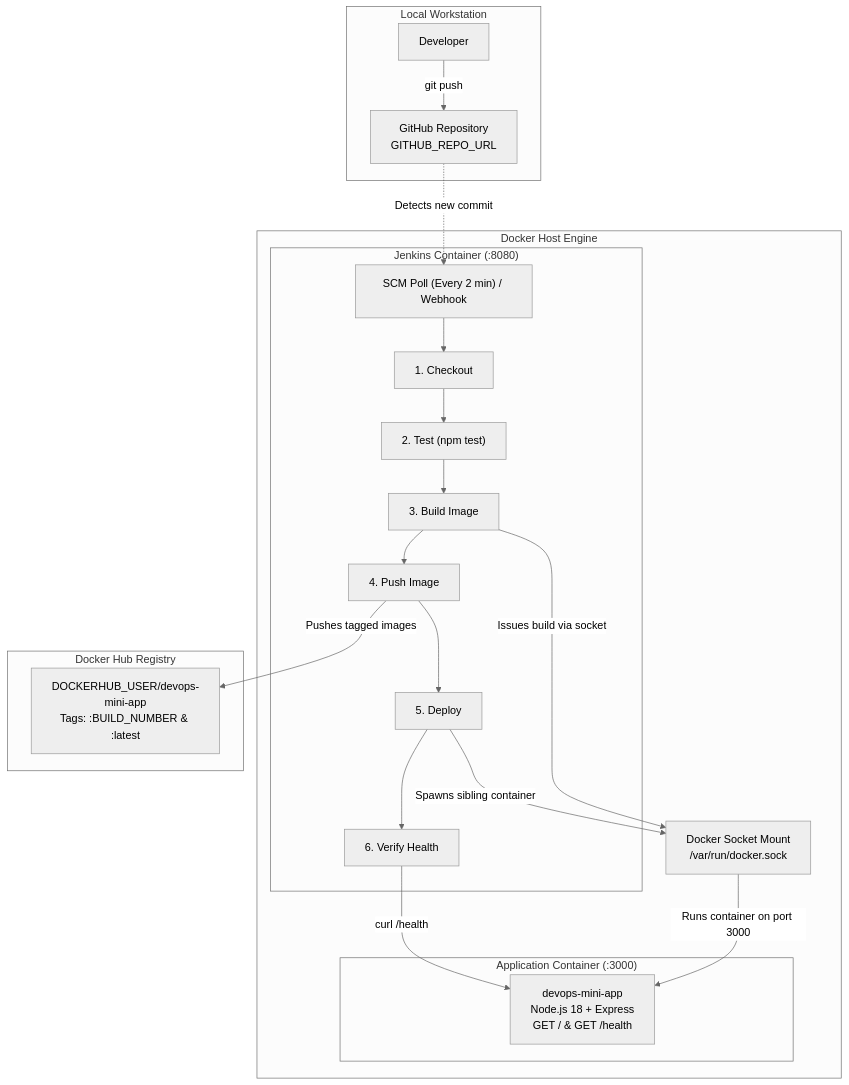
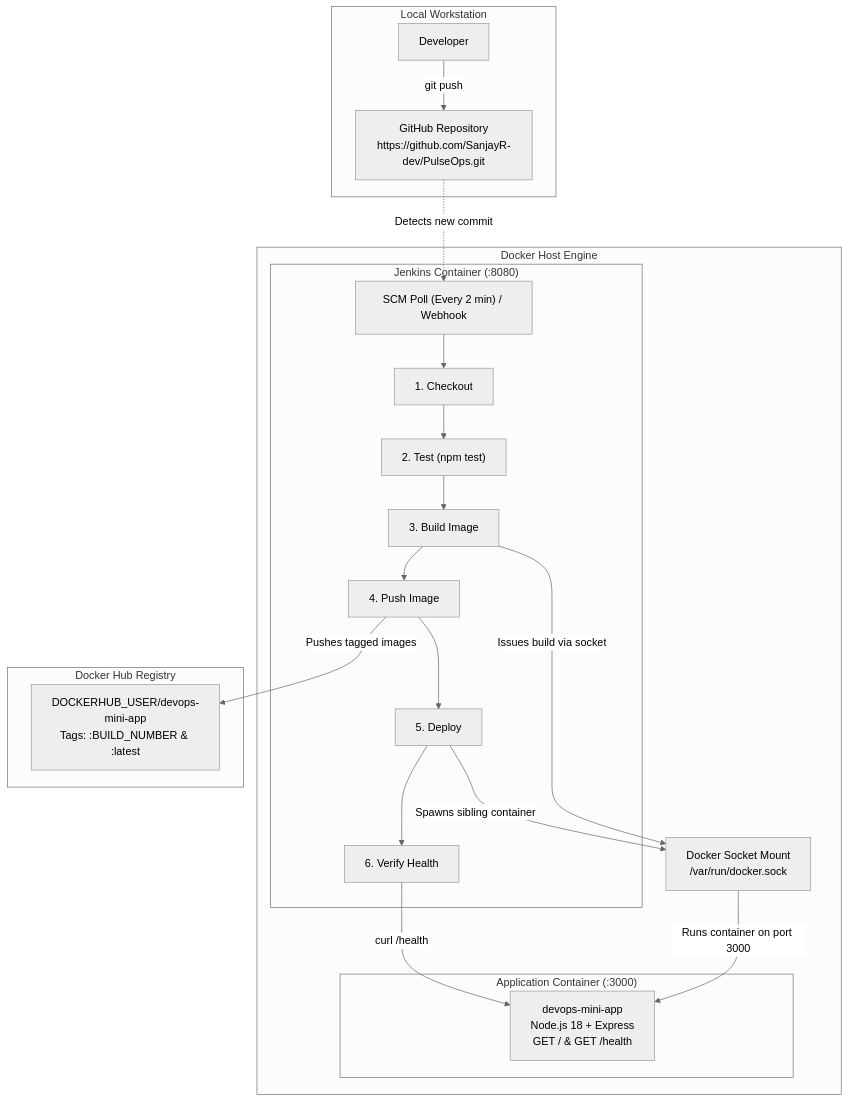
The diagram in README.md (SanjayR-dev/PulseOps), drawn with Mermaid (neutral theme) before and after one commit. The commit also changed other lines of this file and 1 other file, not shown here.

Commit message:
docs: link GitHub repository URL

````diff
--- a/README.md
+++ b/README.md
@@ -9,38 +9,38 @@
 ```mermaid
 flowchart TD
     subgraph Developer["Local Workstation"]
-        DEV["Developer"] -->|"git push"| GH["GitHub Repository<br/>GITHUB_REPO_URL"]
+        DEV["Developer"] -->|"git push"| GH["GitHub Repository<br/>https://github.com/SanjayR-dev/PulseOps.git"]
     end
 
     subgraph Host["Docker Host Engine"]
         subgraph Jenkins["Jenkins Container (:8080)"]
             POLL["SCM Poll (Every 2 min) / Webhook"]
             CHECKOUT["1. Checkout"]
             TEST["2. Test (npm test)"]
             BUILD["3. Build Image"]
             PUSH["4. Push Image"]
             DEPLOY["5. Deploy"]
             VERIFY["6. Verify Health"]
             
             CHECKOUT --> TEST --> BUILD --> PUSH --> DEPLOY --> VERIFY
         end
 
         SOCK["Docker Socket Mount<br/>/var/run/docker.sock"]
         
         subgraph App["Application Container (:3000)"]
             SERVER["devops-mini-app<br/>Node.js 18 + Express<br/>GET / & GET /health"]
         end
     end
 
     subgraph Registry["Docker Hub Registry"]
         HUB["DOCKERHUB_USER/devops-mini-app<br/>Tags: :BUILD_NUMBER & :latest"]
     end
 
     GH -.->|"Detects new commit"| POLL
     POLL --> CHECKOUT
     BUILD -->|"Issues build via socket"| SOCK
     PUSH -->|"Pushes tagged images"| HUB
     DEPLOY -->|"Spawns sibling container"| SOCK
     SOCK -->|"Runs container on port 3000"| SERVER
     VERIFY -->|"curl /health"| SERVER
 ```
````
